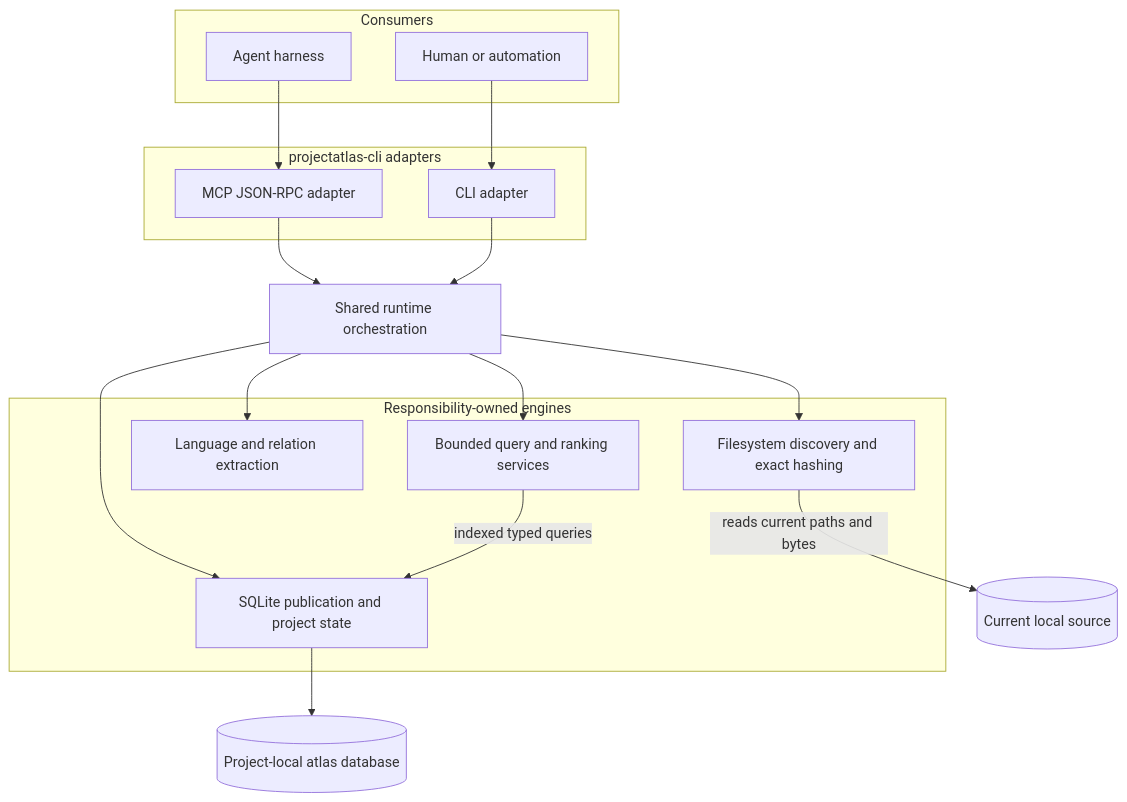
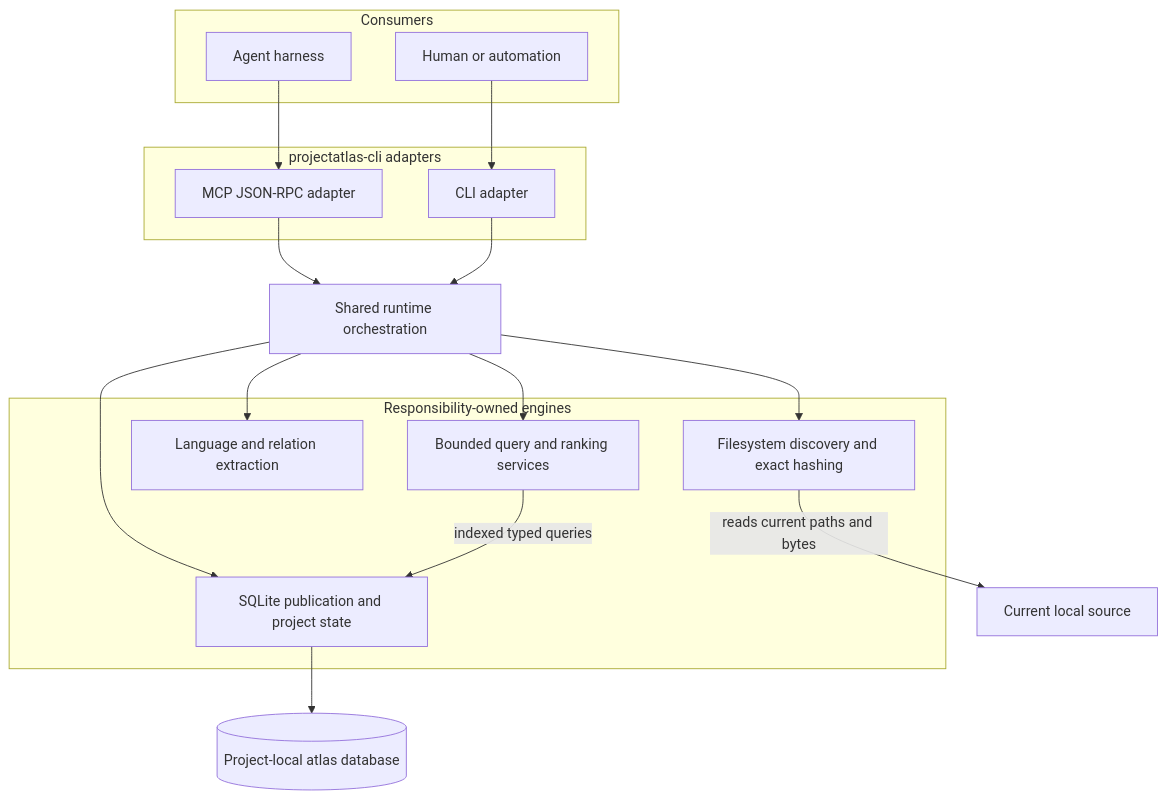
One commit to styler-ai/ProjectAtlas changed the first of 10 diagrams in docs/projectatlas-3-architecture.md. Above: the diagram before and after it, drawn with Mermaid. The commit also changed other lines of this file and 11 other files, not shown here.

Commit message:
docs(architecture): complete issue 308 database design (#308)

````diff
--- a/docs/projectatlas-3-architecture.md
+++ b/docs/projectatlas-3-architecture.md
@@ -194,32 +232,32 @@
 ```mermaid
 flowchart TB
     subgraph Hosts[Consumers]
         Agent[Agent harness]
         User[Human or automation]
     end
     subgraph Adapters[projectatlas-cli adapters]
         MCP[MCP JSON-RPC adapter]
         CLI[CLI adapter]
     end
     Runtime[Shared runtime orchestration]
     subgraph Engines[Responsibility-owned engines]
         FS[Filesystem discovery and exact hashing]
         Symbols[Language and relation extraction]
         Service[Bounded query and ranking services]
         DB[SQLite publication and project state]
     end
-    Source[(Current local source)]
+    Source[Current local source]
     Atlas[(Project-local atlas database)]
 
     Agent --> MCP
     User --> CLI
     MCP --> Runtime
     CLI --> Runtime
     Runtime --> FS
     Runtime --> Symbols
     Runtime --> Service
     Runtime --> DB
     FS -->|reads current paths and bytes| Source
     Service -->|indexed typed queries| DB
     DB --> Atlas
 ```
````
